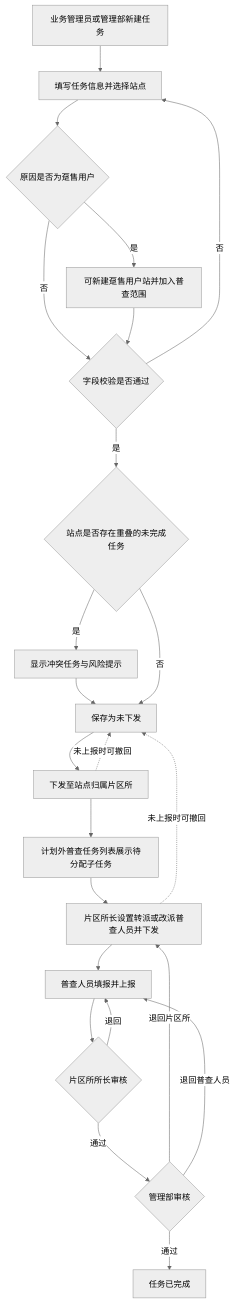
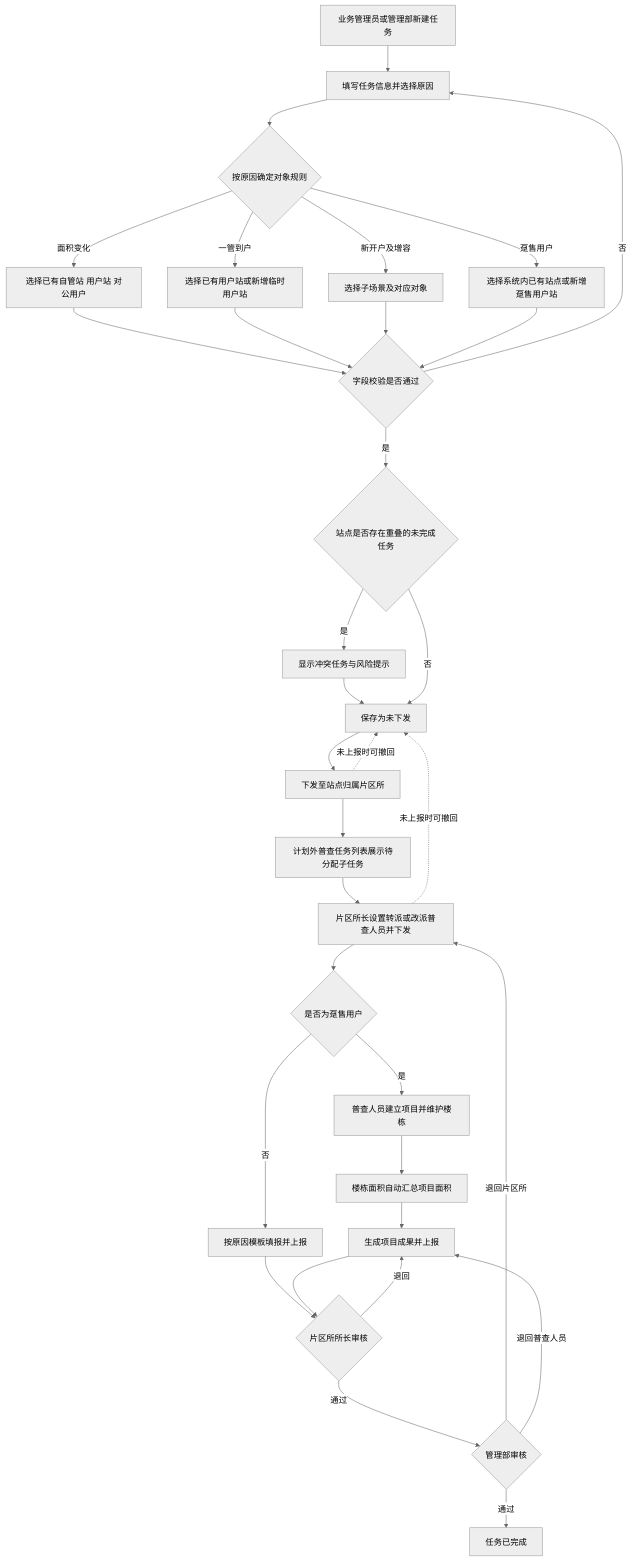
Before and after one commit to caicai9807-code/Area-survey: the diagram in docs/计划外普查任务管理-功能规格说明书.md, drawn with Mermaid (neutral theme). The commit also changed other lines of this file and 21 other files, not shown here.

````diff
--- a/docs/计划外普查任务管理-功能规格说明书.md
+++ b/docs/计划外普查任务管理-功能规格说明书.md
@@ -237,25 +311,35 @@
 ```mermaid
 flowchart TD
-    A[业务管理员或管理部新建任务] --> B[填写任务信息并选择站点]
-    B --> B1{原因是否为趸售用户}
-    B1 -- 是 --> B2[可新建趸售用户站并加入普查范围]
-    B1 -- 否 --> C{字段校验是否通过}
-    B2 --> C
+    A[业务管理员或管理部新建任务] --> B[填写任务信息并选择原因]
+    B --> B1{按原因确定对象规则}
+    B1 -- 面积变化 --> B2[选择已有自管站 用户站 对公用户]
+    B1 -- 一管到户 --> B3[选择已有用户站或新增临时用户站]
+    B1 -- 新开户及增容 --> B4[选择子场景及对应对象]
+    B1 -- 趸售用户 --> B5[选择系统内已有站点或新增趸售用户站]
+    B2 --> C{字段校验是否通过}
+    B3 --> C
+    B4 --> C
+    B5 --> C
     C -- 否 --> B
     C -- 是 --> D{站点是否存在重叠的未完成任务}
     D -- 是 --> E[显示冲突任务与风险提示]
     E --> F
     D -- 否 --> F[保存为未下发]
     F --> G[下发至站点归属片区所]
     G --> H[计划外普查任务列表展示待分配子任务]
     H --> I[片区所长设置转派或改派普查人员并下发]
-    I --> J[普查人员填报并上报]
+    I --> I1{是否为趸售用户}
+    I1 -- 是 --> I2[普查人员建立项目并维护楼栋]
+    I2 --> I3[楼栋面积自动汇总项目面积]
+    I3 --> J[生成项目成果并上报]
+    I1 -- 否 --> J1[按原因模板填报并上报]
+    J1 --> K{片区所所长审核}
     J --> K{片区所所长审核}
     K -- 退回 --> J
     K -- 通过 --> L{管理部审核}
     L -- 退回片区所 --> I
     L -- 退回普查人员 --> J
     L -- 通过 --> M[任务已完成]
     G -. 未上报时可撤回 .-> F
     I -. 未上报时可撤回 .-> F
 ```
````
